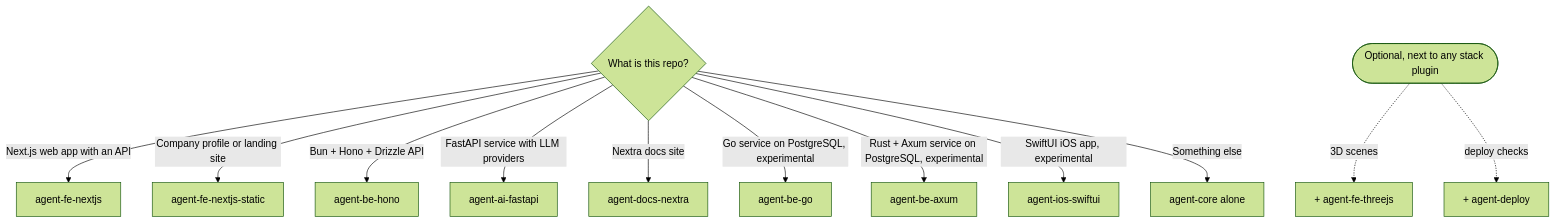
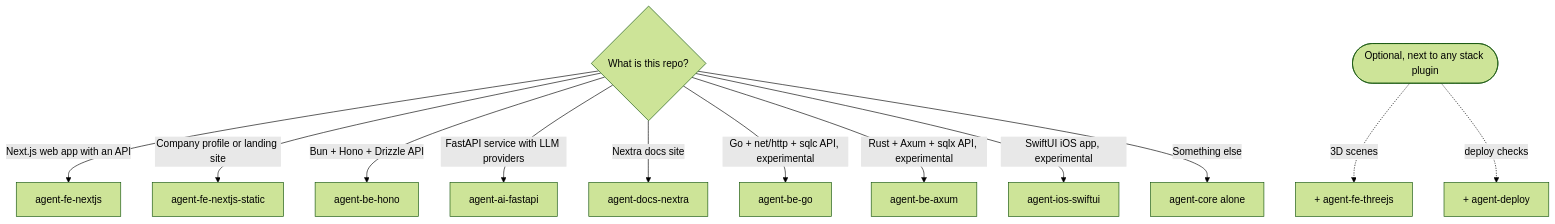
Before and after one commit to adhibuchori/agent-config-kit: the second of 5 diagrams in README.md, drawn with Mermaid (forest theme). The commit also changed other lines of this file and 1 other file, not shown here.

First line of the commit message:
docs: name the Go and Rust stacks by their parts, as be-hono is

````diff
--- a/README.md
+++ b/README.md
@@ -224,17 +224,17 @@
 ```mermaid
 flowchart TD
     accTitle: Which plugin to install
-    accDescr: Start from what your repo is. A Next.js web app with an API uses agent-fe-nextjs. A company profile or landing site uses agent-fe-nextjs-static. A Bun and Hono API uses agent-be-hono. A FastAPI service with LLM providers uses agent-ai-fastapi. A Nextra docs site uses agent-docs-nextra. Experimental: a Go service on PostgreSQL uses agent-be-go, a Rust and Axum service on PostgreSQL uses agent-be-axum, and a SwiftUI iOS app uses agent-ios-swiftui. Anything else uses agent-core alone. Add agent-fe-threejs for 3D scenes and agent-deploy for deploy checks.
+    accDescr: Start from what your repo is. A Next.js web app with an API uses agent-fe-nextjs. A company profile or landing site uses agent-fe-nextjs-static. A Bun, Hono and Drizzle API uses agent-be-hono. A FastAPI service with LLM providers uses agent-ai-fastapi. A Nextra docs site uses agent-docs-nextra. Experimental: a Go API on net/http and sqlc uses agent-be-go, a Rust API on Axum and sqlx uses agent-be-axum, and a SwiftUI iOS app uses agent-ios-swiftui. Anything else uses agent-core alone. Add agent-fe-threejs for 3D scenes and agent-deploy for deploy checks.
     Q{What is this repo?}
     Q -->|Next.js web app with an API| FE[agent-fe-nextjs]
     Q -->|Company profile or landing site| ST[agent-fe-nextjs-static]
     Q -->|Bun + Hono + Drizzle API| BE[agent-be-hono]
     Q -->|FastAPI service with LLM providers| AI[agent-ai-fastapi]
     Q -->|Nextra docs site| DOCS[agent-docs-nextra]
-    Q -->|Go service on PostgreSQL, experimental| GO[agent-be-go]
-    Q -->|Rust + Axum service on PostgreSQL, experimental| RS[agent-be-axum]
+    Q -->|Go + net/http + sqlc API, experimental| GO[agent-be-go]
+    Q -->|Rust + Axum + sqlx API, experimental| RS[agent-be-axum]
     Q -->|SwiftUI iOS app, experimental| IOS[agent-ios-swiftui]
     Q -->|Something else| CORE[agent-core alone]
     X([Optional, next to any stack plugin]) -.->|3D scenes| TJ[+ agent-fe-threejs]
     X -.->|deploy checks| DEP[+ agent-deploy]
 ```
````
